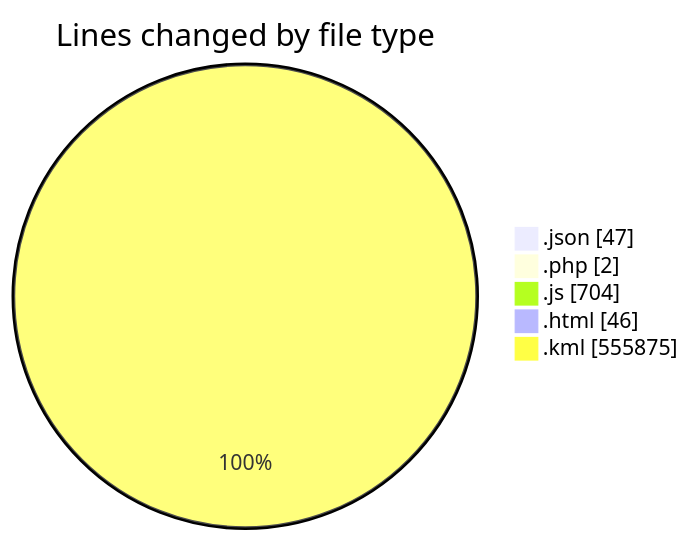
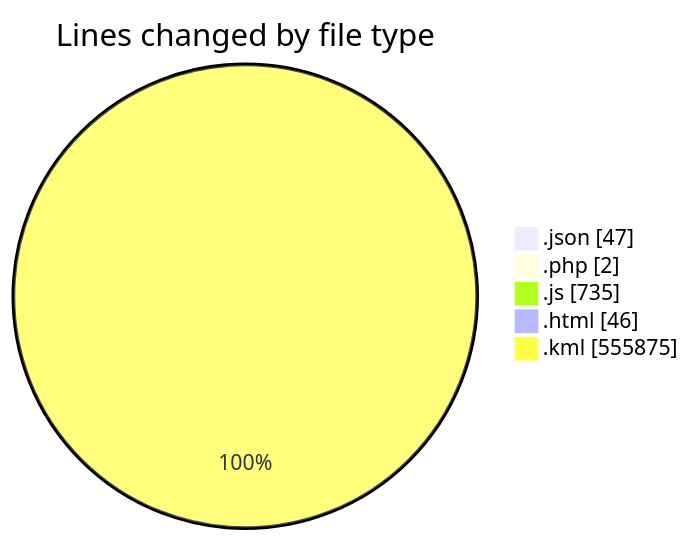
Before and after one commit to LanceThiago/code-tracking: the first of 2 diagrams in 2025-03-27/kml/README.md, drawn with Mermaid. The commit also changed other lines of this file and 1 other file, not shown here.

````diff
--- a/2025-03-27/kml/README.md
+++ b/2025-03-27/kml/README.md
@@ -28,9 +28,9 @@
 ```mermaid
 pie showData
 title Lines changed by file type
 ".json" : 47
 ".php" : 2
-".js" : 704
+".js" : 735
 ".html" : 46
 ".kml" : 555875
 ```
````
